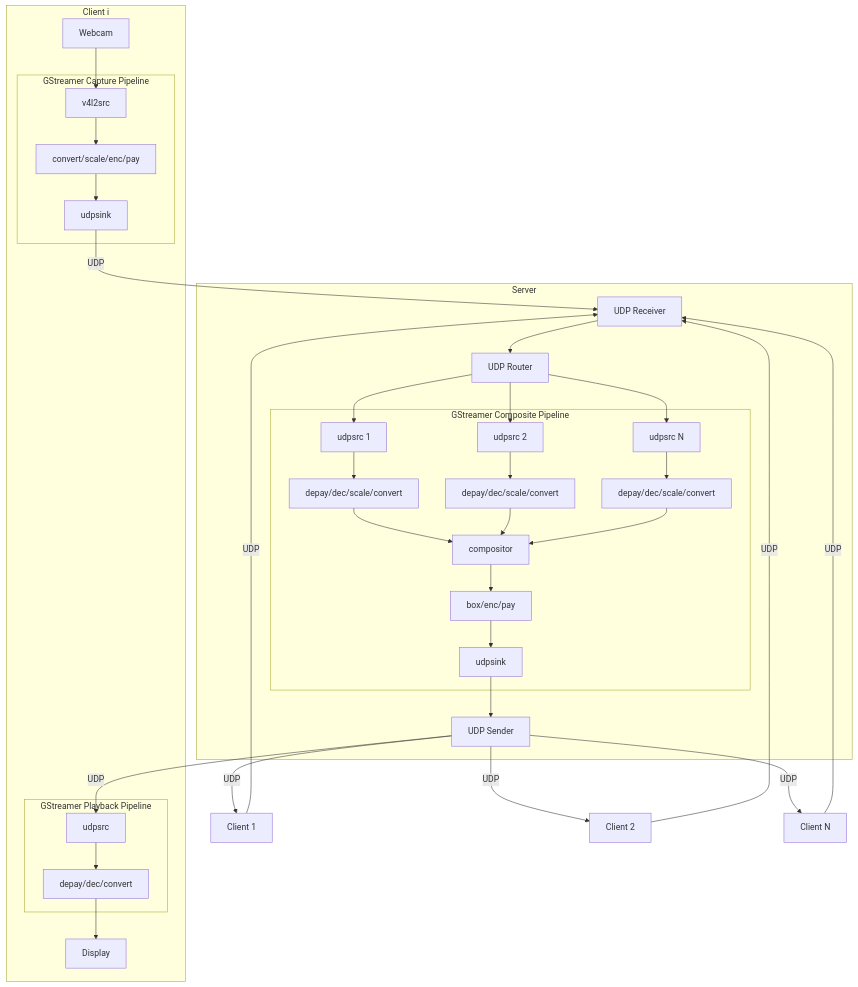
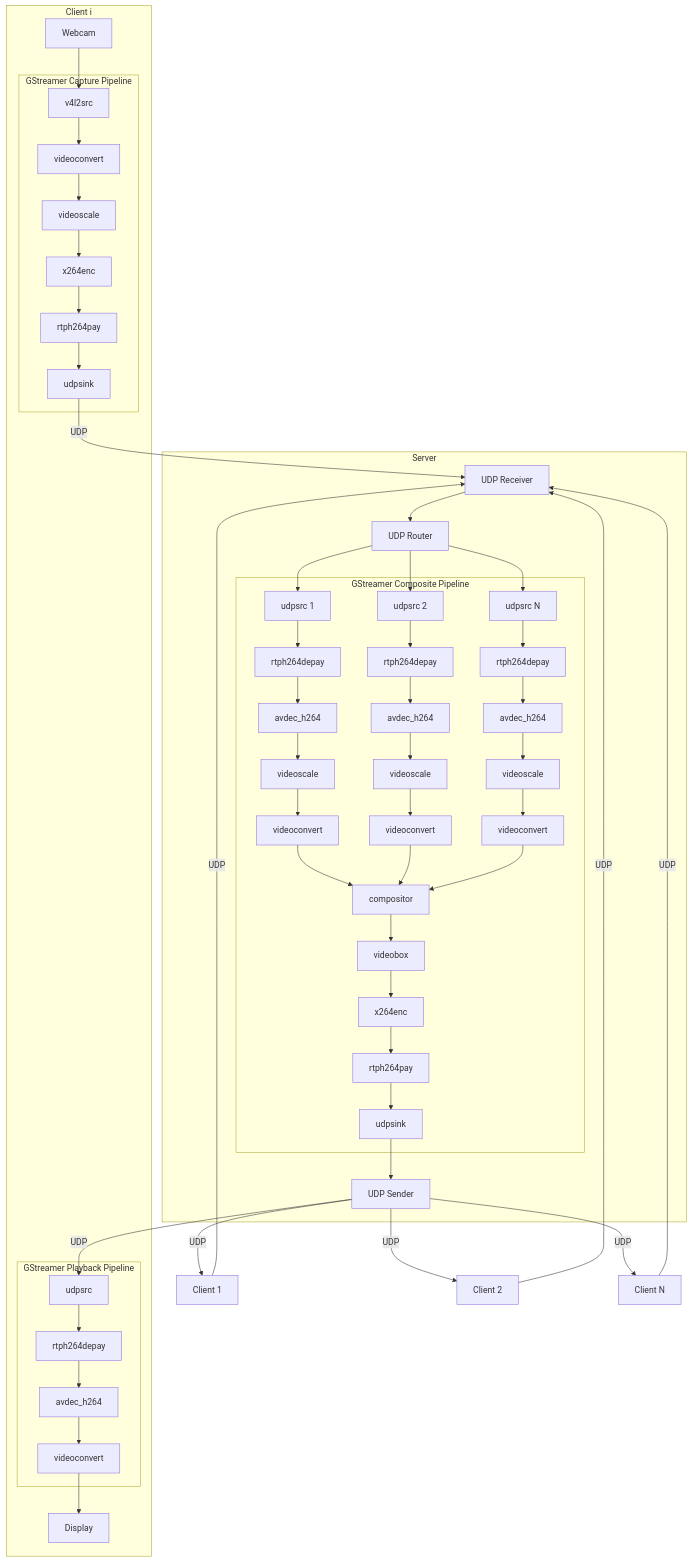
Before and after one commit to animatour/animatour: the diagram in README.md, drawn with Mermaid.

Commit message:
Improve graph.

````diff
--- a/README.md
+++ b/README.md
@@ -15,36 +15,36 @@
 ```mermaid
 graph TD
     subgraph server[Server]
         udp-receiver[UDP Receiver]-->udp-router[UDP Router]
         subgraph gst-composite[GStreamer Composite Pipeline]
-            udpsrc-1[udpsrc 1]-->udpsrc-1-processing[depay/dec/scale/convert]-->compositor
-            udpsrc-2[udpsrc 2]-->udpsrc-2-processing[depay/dec/scale/convert]-->compositor
-            udpsrc-N[udpsrc N]-->udpsrc-N-processing[depay/dec/scale/convert]-->compositor
-            compositor-->compositor-processing[box/enc/pay]-->server-udpsink[udpsink]
+            udpsrc-1[udpsrc 1]-->udpsrc-1-rtph264depay[rtph264depay]-->udpsrc-1-avdec_h264[avdec_h264]-->udpsrc-1-videoscale[videoscale]-->udpsrc-1-videoconvert[videoconvert]-->compositor
+            udpsrc-2[udpsrc 2]-->udpsrc-2-rtph264depay[rtph264depay]-->udpsrc-2-avdec_h264[avdec_h264]-->udpsrc-2-videoscale[videoscale]-->udpsrc-2-videoconvert[videoconvert]-->compositor
+            udpsrc-N[udpsrc N]-->udpsrc-N-rtph264depay[rtph264depay]-->udpsrc-N-avdec_h264[avdec_h264]-->udpsrc-N-videoscale[videoscale]-->udpsrc-N-videoconvert[videoconvert]-->compositor
+            compositor-->compositor-videobox[videobox]-->compositor-x264enc[x264enc]-->compositor-rtph264pay[rtph264pay]-->server-udpsink[udpsink]
         end
         udp-router-->udpsrc-1
         udp-router-->udpsrc-2
         udp-router-->udpsrc-N
         server-udpsink-->udp-sender[UDP Sender]
     end
 
     subgraph client-i[Client i]
         subgraph gst-capture[GStreamer Capture Pipeline]
-            v4l2src-->capture-processing[convert/scale/enc/pay]-->client-udpsink[udpsink]
+            capture-v4l2src[v4l2src]-->capture-videoconvert[videoconvert]-->capture-videoscale[videoscale]-->capture-x264enc[x264enc]-->capture-rtph264pay[rtph264pay]-->capture-udpsink[udpsink]
         end
         subgraph gst-playback[GStreamer Playback Pipeline]
-            client-udpsrc[udpsrc]-->playback-processing[depay/dec/convert]
+            playback-udpsrc[udpsrc]-->playback-rtph264depay[rtph264depay]-->playback-avdec_h264[avdec_h264]-->playback-videoconvert[videoconvert]
         end
-        webcam[Webcam]-->v4l2src
-        playback-processing-->display[Display]
+        webcam[Webcam]-->capture-v4l2src
+        playback-videoconvert-->display[Display]
     end
 
-    udp-sender--UDP-->client-udpsrc
+    udp-sender--UDP-->playback-udpsrc
     udp-sender--UDP-->client-1[Client 1]
     udp-sender--UDP-->client-2[Client 2]
     udp-sender--UDP-->client-N[Client N]
-    client-udpsink--UDP-->udp-receiver
+    capture-udpsink--UDP-->udp-receiver
     client-1--UDP-->udp-receiver
     client-2--UDP-->udp-receiver
     client-N--UDP-->udp-receiver
 ```
````
